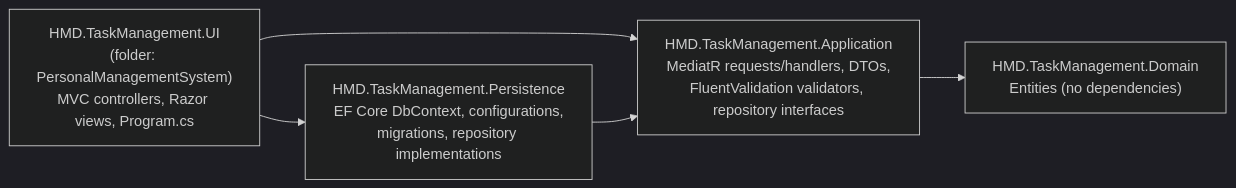
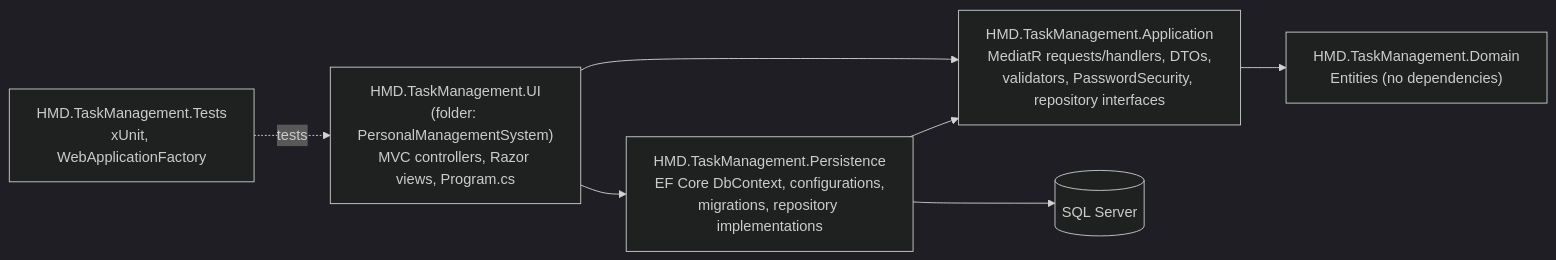
One commit to HalilMertDeveli/TaskManagementSystem changed the first of 2 diagrams in README.md. Above: the diagram before and after it, drawn with Mermaid (dark theme). The commit also changed other lines of this file, not shown here.

````diff
--- a/README.md
+++ b/README.md
@@ -59,12 +94,16 @@
 ```mermaid
 flowchart LR
     UI["HMD.TaskManagement.UI<br/>(folder: PersonalManagementSystem)<br/>MVC controllers, Razor views, Program.cs"]
-    APP["HMD.TaskManagement.Application<br/>MediatR requests/handlers, DTOs,<br/>FluentValidation validators, repository interfaces"]
+    APP["HMD.TaskManagement.Application<br/>MediatR requests/handlers, DTOs,<br/>validators, PasswordSecurity, repository interfaces"]
     PER["HMD.TaskManagement.Persistence<br/>EF Core DbContext, configurations,<br/>migrations, repository implementations"]
     DOM["HMD.TaskManagement.Domain<br/>Entities (no dependencies)"]
+    TST["HMD.TaskManagement.Tests<br/>xUnit, WebApplicationFactory"]
+    DB[("SQL Server")]
 
     UI --> APP
     UI --> PER
     PER --> APP
     APP --> DOM
+    PER --> DB
+    TST -. tests .-> UI
 ```
````
